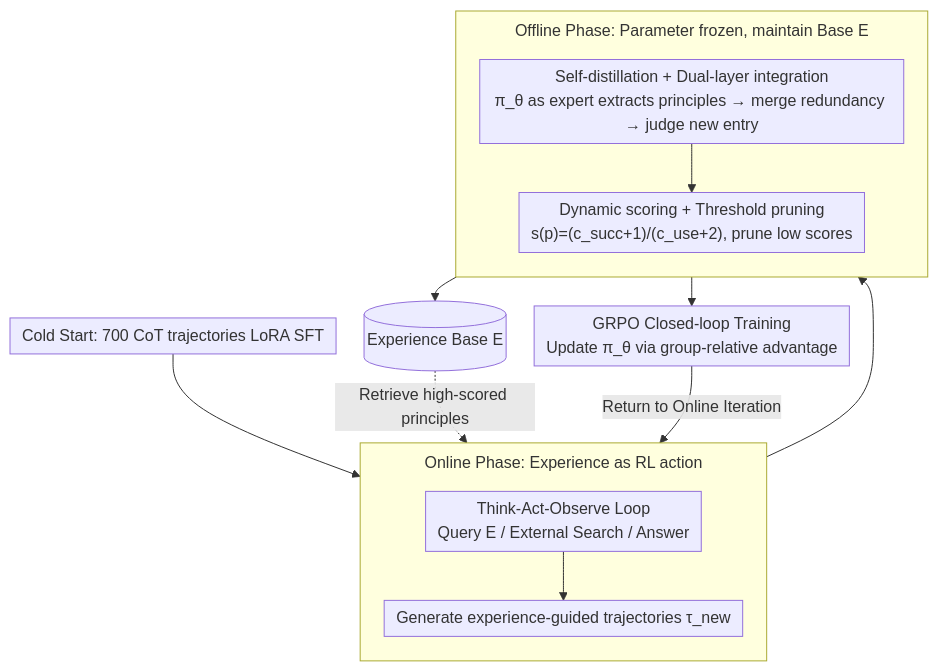
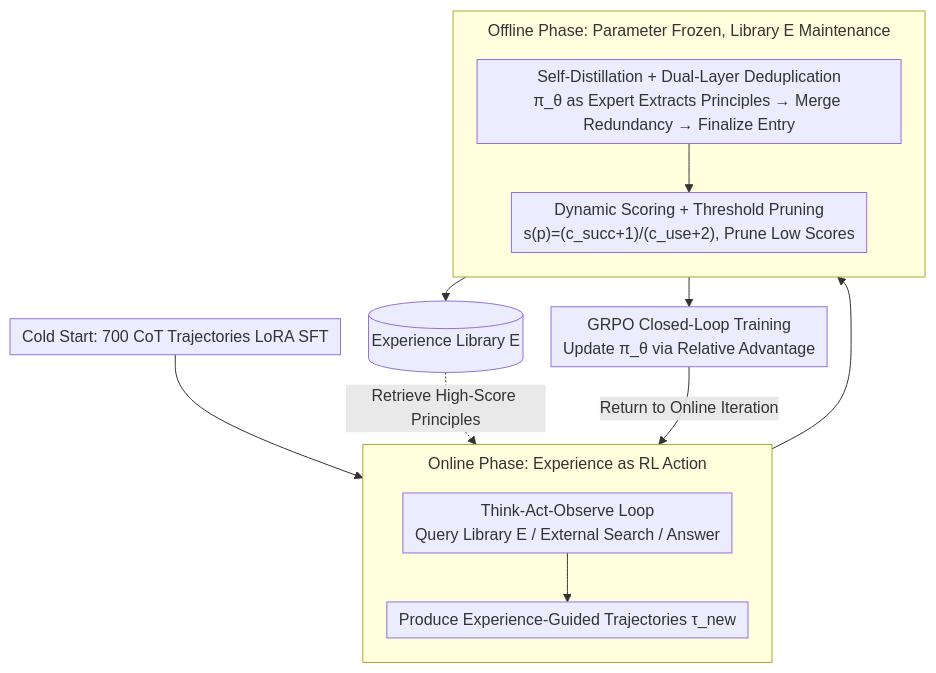
One commit to zhaoyang97/Paper-Notes-en changed the diagram in docs/ICML2026/llm_agent/evolver_self-evolving_llm_agents_through_an_experience-driven_lifecycle.md. Above: the diagram before and after it, drawn with Mermaid. The commit also changed other lines of this file and 5084 other files, not shown here.

````diff
--- a/docs/ICML2026/llm_agent/evolver_self-evolving_llm_agents_through_an_experience-driven_lifecycle.md
+++ b/docs/ICML2026/llm_agent/evolver_self-evolving_llm_agents_through_an_experience-driven_lifecycle.md
@@ -43,18 +43,18 @@
 ```mermaid
 %%{init: {'flowchart': {'rankSpacing': 24, 'nodeSpacing': 28, 'padding': 6, 'wrappingWidth': 400, 'subGraphTitleMargin': {'top': 8, 'bottom': 16}}}}%%
 flowchart TD
-    S["Cold Start: 700 CoT trajectories LoRA SFT"] --> A
-    subgraph ON["Online Phase: Experience as RL action"]
+    S["Cold Start: 700 CoT Trajectories LoRA SFT"] --> A
+    subgraph ON["Online Phase: Experience as RL Action"]
         direction TB
-        A["Think-Act-Observe Loop<br/>Query E / External Search / Answer"] --> C["Generate experience-guided trajectories τ_new"]
+        A["Think-Act-Observe Loop<br/>Query Library E / External Search / Answer"] --> C["Produce Experience-Guided Trajectories τ_new"]
     end
     C --> D
-    subgraph OFF["Offline Phase: Parameter frozen, maintain Base E"]
+    subgraph OFF["Offline Phase: Parameter Frozen, Library E Maintenance"]
         direction TB
-        D["Self-distillation + Dual-layer integration<br/>π_θ as expert extracts principles → merge redundancy → judge new entry"] --> F["Dynamic scoring + Threshold pruning<br/>s(p)=(c_succ+1)/(c_use+2), prune low scores"]
+        D["Self-Distillation + Dual-Layer Deduplication<br/>π_θ as Expert Extracts Principles → Merge Redundancy → Finalize Entry"] --> F["Dynamic Scoring + Threshold Pruning<br/>s(p)=(c_succ+1)/(c_use+2), Prune Low Scores"]
     end
-    F --> E[("Experience Base E")]
-    E -.->|Retrieve high-scored principles| A
-    F --> G["GRPO Closed-loop Training<br/>Update π_θ via group-relative advantage"]
+    F --> E[("Experience Library E")]
+    E -.->|Retrieve High-Score Principles| A
+    F --> G["GRPO Closed-Loop Training<br/>Update π_θ via Relative Advantage"]
     G -->|Return to Online Iteration| A
 ```
````
